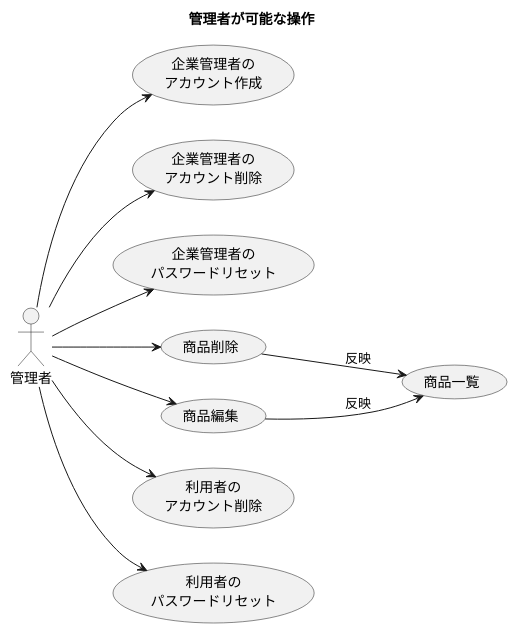
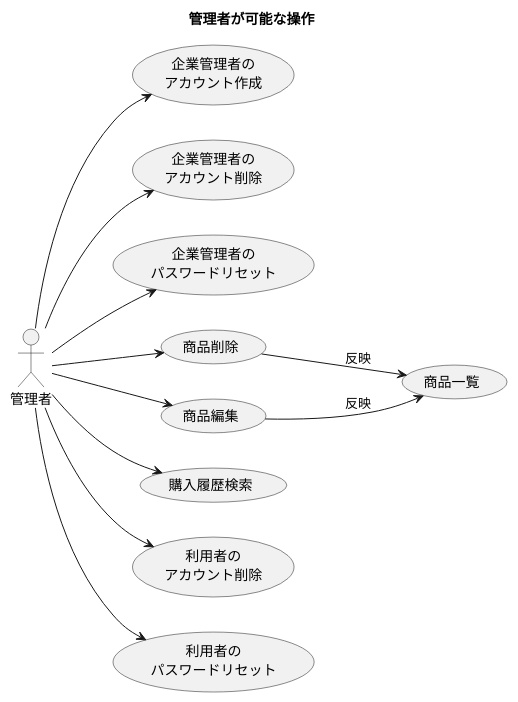
The diagram in products_documents/workflow_diagram/system_admin_workflow.puml (whalego/django_market_app), drawn with PlantUML before and after one commit.

Commit message:
システム管理者のページへ購入履歴の項目を追加

```diff
--- a/products_documents/workflow_diagram/system_admin_workflow.puml
+++ b/products_documents/workflow_diagram/system_admin_workflow.puml
@@ -1,30 +1,33 @@
 @startuml
 title
 管理者が可能な操作
 end title
 
 :管理者: as system_admin
 (企業管理者の\nアカウント作成) as create_item_administrator
 (企業管理者の\nアカウント削除) as delete_item_administrator
 (企業管理者の\nパスワードリセット) as reset_item_administrator_password
 (商品一覧) as items
 (商品削除) as delete_item
 (商品編集) as change_item_info
+(購入履歴検索) as buy_history
 
 (利用者の\nアカウント削除) as delete_has_account_user
 (利用者の\nパスワードリセット) as reset_has_account_user_password
 
 system_admin --> create_item_administrator
 system_admin --> delete_item_administrator
 system_admin --> reset_item_administrator_password
 
 system_admin --> delete_item
 delete_item --> items : 反映
 system_admin --> change_item_info
 change_item_info --> items : 反映
 
 left to right direction
 system_admin --> delete_has_account_user
 system_admin --> reset_has_account_user_password
 
+system_admin --> buy_history
+
 @enduml
```
